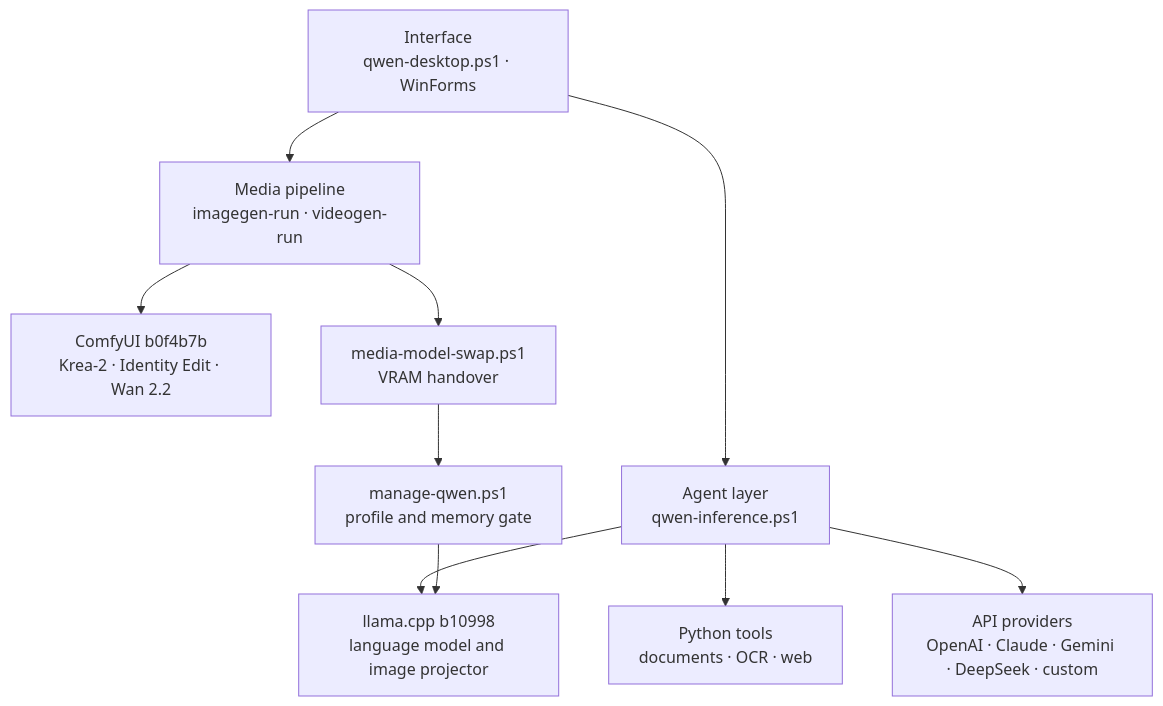
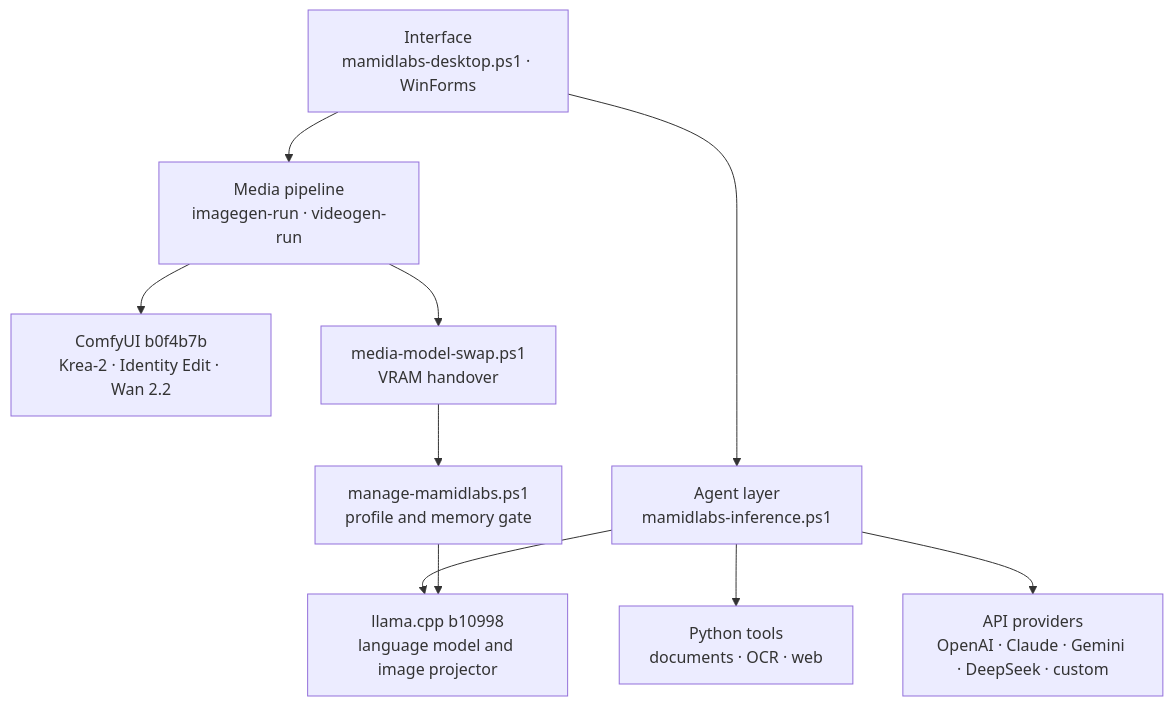
Before and after one commit to workaybarsh/MamidLabsENG: the diagram in README.md, drawn with Mermaid. The commit also changed 54 other files, not shown here.

````diff
--- a/README.md
+++ b/README.md
@@ -119,12 +119,12 @@
 ```mermaid
 flowchart TD
-    UI["Interface<br>qwen-desktop.ps1 · WinForms"] --> AG["Agent layer<br>qwen-inference.ps1"]
+    UI["Interface<br>mamidlabs-desktop.ps1 · WinForms"] --> AG["Agent layer<br>mamidlabs-inference.ps1"]
     AG --> LL["llama.cpp b10998<br>language model and image projector"]
     AG --> PY["Python tools<br>documents · OCR · web"]
     AG --> API["API providers<br>OpenAI · Claude · Gemini · DeepSeek · custom"]
     UI --> MED["Media pipeline<br>imagegen-run · videogen-run"]
     MED --> CU["ComfyUI b0f4b7b<br>Krea-2 · Identity Edit · Wan 2.2"]
-    MQ["manage-qwen.ps1<br>profile and memory gate"] --> LL
+    MQ["manage-mamidlabs.ps1<br>profile and memory gate"] --> LL
     MED --> SW["media-model-swap.ps1<br>VRAM handover"]
     SW --> MQ
 ```
````
